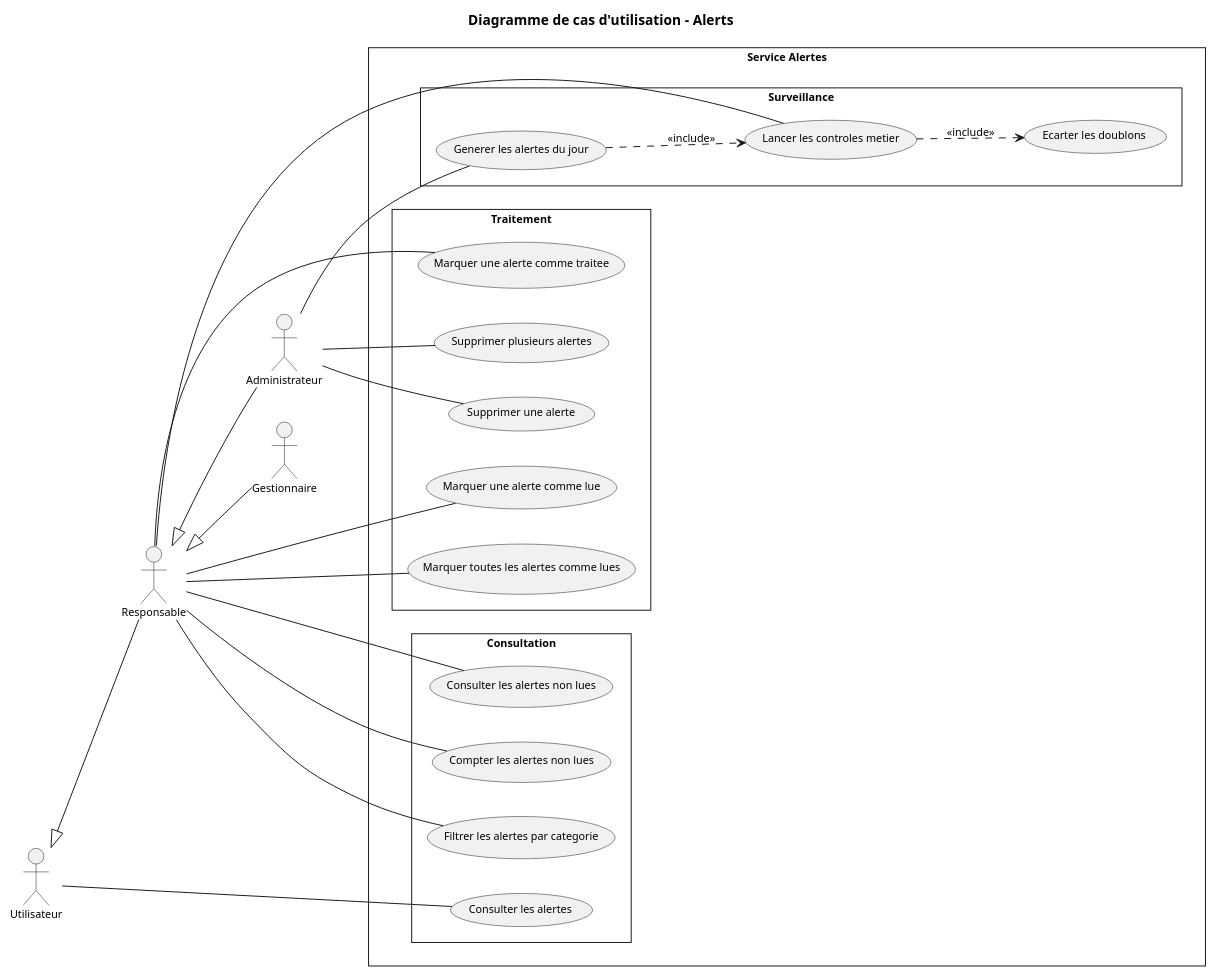
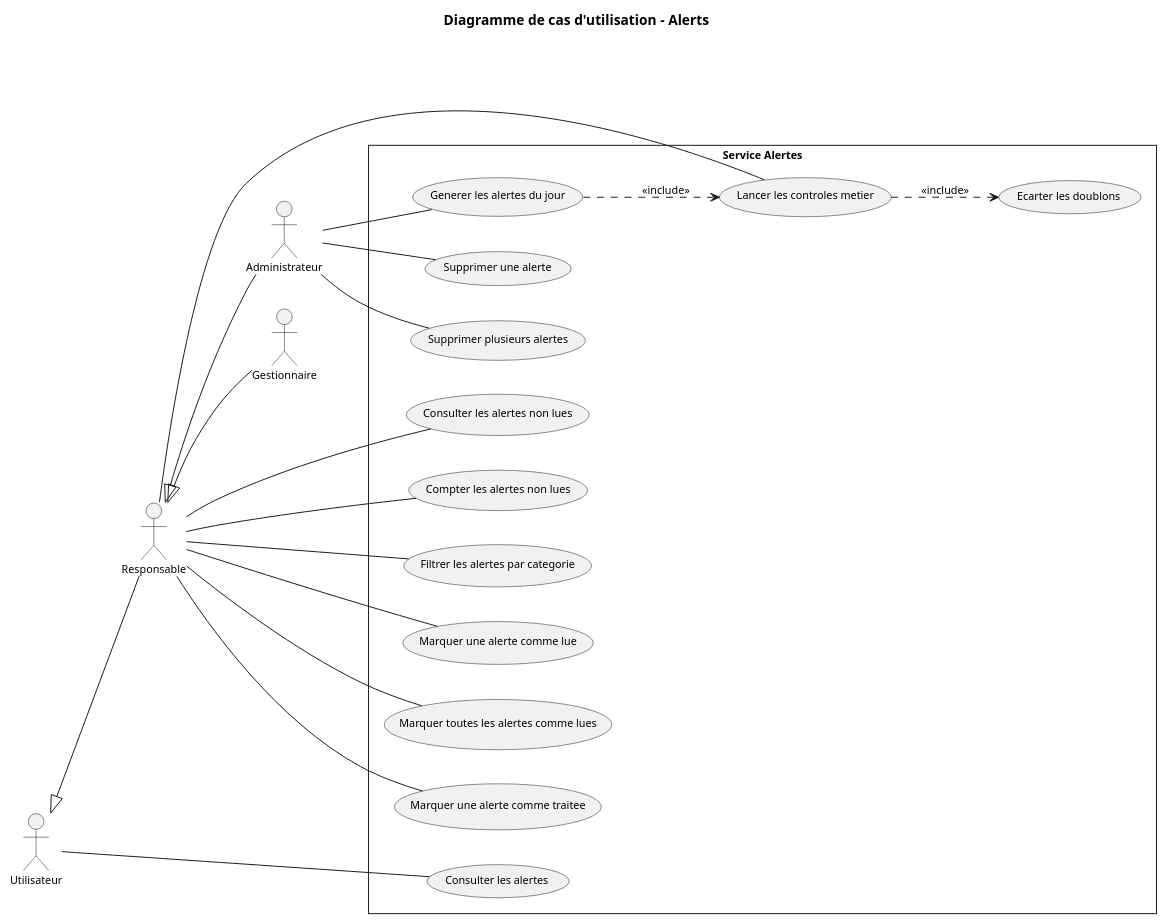
Before and after one commit to saber-barhoumi/Xpark-gmao: the diagram in docs/diagrams/microservices/Alerts/Alerts-usecase.puml, drawn with PlantUML. The commit also changed 37 other files, not shown here.

```diff
--- a/docs/diagrams/microservices/Alerts/Alerts-usecase.puml
+++ b/docs/diagrams/microservices/Alerts/Alerts-usecase.puml
@@ -1,59 +1,53 @@
 @startuml
 skinparam style strictuml
 skinparam packageStyle rectangle
 skinparam shadowing false
 skinparam defaultFontName Verdana
 skinparam defaultFontSize 11
 skinparam backgroundColor #FFFFFF
 left to right direction
 
 title Diagramme de cas d'utilisation - Alerts
 
 ' Acteurs principaux (a gauche)
 actor "Utilisateur" as Utilisateur
 actor "Responsable" as Responsable
 actor "Administrateur" as Administrateur
 actor "Gestionnaire" as Gestionnaire
 
 Utilisateur <|-- Responsable
 Responsable <|-- Administrateur
 Responsable <|-- Gestionnaire
 
 rectangle "Service Alertes" {
-  package "Consultation" {
-    usecase "Consulter les alertes" as UC_Consulter_les_alertes
-    usecase "Consulter les alertes non lues" as UC_Consulter_les_alertes_non_lues
-    usecase "Compter les alertes non lues" as UC_Compter_les_alertes_non_lues
-    usecase "Filtrer les alertes par categorie" as UC_Filtrer_les_alertes_par_categorie
-  }
-  package "Traitement" {
-    usecase "Marquer une alerte comme lue" as UC_Marquer_une_alerte_comme_lue
-    usecase "Marquer toutes les alertes comme lues" as UC_Marquer_toutes_les_alertes_comme_l
-    usecase "Marquer une alerte comme traitee" as UC_Marquer_une_alerte_comme_traitee
-    usecase "Supprimer une alerte" as UC_Supprimer_une_alerte
-    usecase "Supprimer plusieurs alertes" as UC_Supprimer_plusieurs_alertes
-  }
-  package "Surveillance" {
-    usecase "Lancer les controles metier" as UC_Lancer_les_controles_metier
-    usecase "Ecarter les doublons" as UC_Ecarter_les_doublons
-    usecase "Generer les alertes du jour" as UC_Generer_les_alertes_du_jour
-  }
+  usecase "Consulter les alertes" as UC_Consulter_les_alertes
+  usecase "Consulter les alertes non lues" as UC_Consulter_les_alertes_non_lues
+  usecase "Compter les alertes non lues" as UC_Compter_les_alertes_non_lues
+  usecase "Filtrer les alertes par categorie" as UC_Filtrer_les_alertes_par_categorie
+  usecase "Marquer une alerte comme lue" as UC_Marquer_une_alerte_comme_lue
+  usecase "Marquer toutes les alertes comme lues" as UC_Marquer_toutes_les_alertes_comme_l
+  usecase "Marquer une alerte comme traitee" as UC_Marquer_une_alerte_comme_traitee
+  usecase "Supprimer une alerte" as UC_Supprimer_une_alerte
+  usecase "Supprimer plusieurs alertes" as UC_Supprimer_plusieurs_alertes
+  usecase "Lancer les controles metier" as UC_Lancer_les_controles_metier
+  usecase "Ecarter les doublons" as UC_Ecarter_les_doublons
+  usecase "Generer les alertes du jour" as UC_Generer_les_alertes_du_jour
 }
 
 ' Associations : trait continu sans fleche (UML : relation d'association)
 Utilisateur -- UC_Consulter_les_alertes
 Responsable -- UC_Compter_les_alertes_non_lues
 Responsable -- UC_Consulter_les_alertes_non_lues
 Responsable -- UC_Filtrer_les_alertes_par_categorie
 Responsable -- UC_Lancer_les_controles_metier
 Responsable -- UC_Marquer_toutes_les_alertes_comme_l
 Responsable -- UC_Marquer_une_alerte_comme_lue
 Responsable -- UC_Marquer_une_alerte_comme_traitee
 Administrateur -- UC_Generer_les_alertes_du_jour
 Administrateur -- UC_Supprimer_plusieurs_alertes
 Administrateur -- UC_Supprimer_une_alerte
 
 UC_Lancer_les_controles_metier ..> UC_Ecarter_les_doublons : << include >>
 UC_Generer_les_alertes_du_jour ..> UC_Lancer_les_controles_metier : << include >>
 
 @enduml
```
